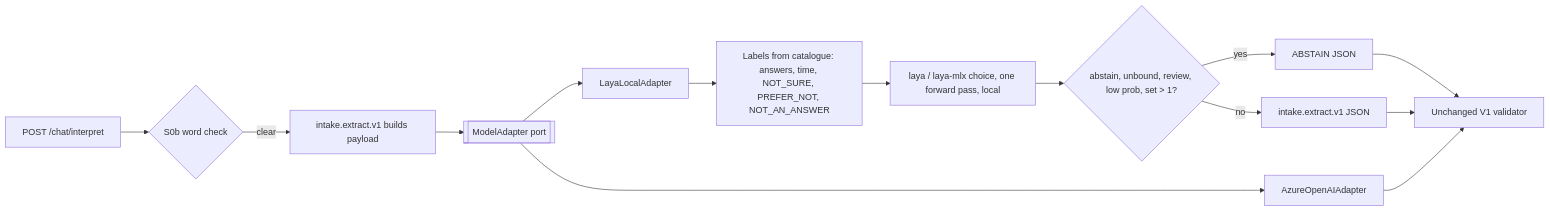
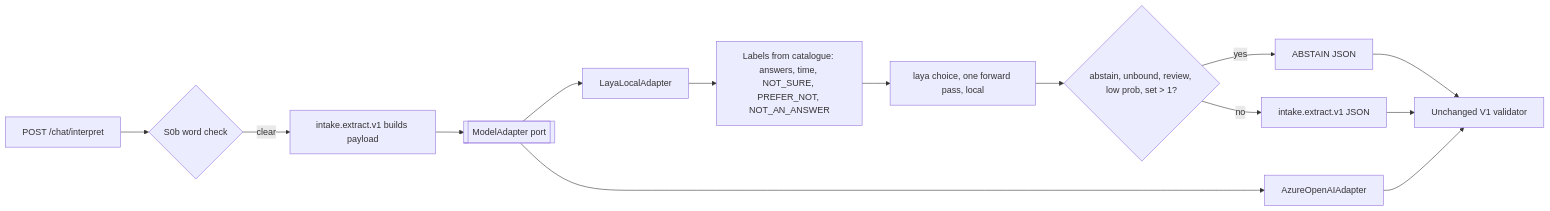
Before and after one commit to aetherhealth-sanad/sanad-front-door: the third of 4 diagrams in specs/referal-flows/implementation-plan.md, drawn with Mermaid. The commit also changed other lines of this file and 4 other files, not shown here.

Commit message:
spec: drop the laya-mlx backend from RF-25 (change log 0.17)

````diff
--- a/specs/referal-flows/implementation-plan.md
+++ b/specs/referal-flows/implementation-plan.md
@@ -204,16 +204,16 @@
 ```mermaid
 flowchart LR
     INT[POST /chat/interpret] --> S0B{S0b word check}
     S0B -->|clear| TASK[intake.extract.v1 builds payload]
     TASK --> PORT[[ModelAdapter port]]
     PORT --> AZ[AzureOpenAIAdapter]
     PORT --> LAYA[LayaLocalAdapter]
     LAYA --> MAP[Labels from catalogue: answers, time, NOT_SURE, PREFER_NOT, NOT_AN_ANSWER]
-    MAP --> RUN[laya / laya-mlx choice, one forward pass, local]
+    MAP --> RUN[laya choice, one forward pass, local]
     RUN --> AB{abstain, unbound, review, low prob, set > 1?}
     AB -->|yes| ABS[ABSTAIN JSON]
     AB -->|no| JSON[intake.extract.v1 JSON]
     ABS --> V1[Unchanged V1 validator]
     JSON --> V1
     AZ --> V1
 ```
````
